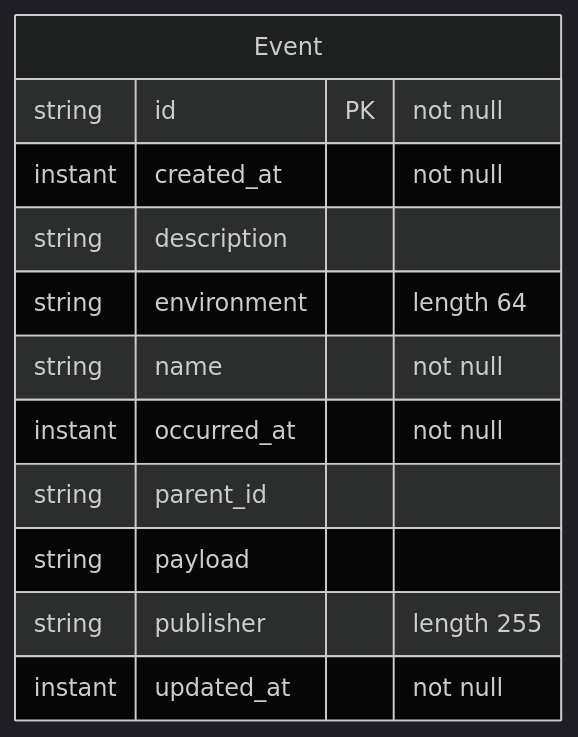
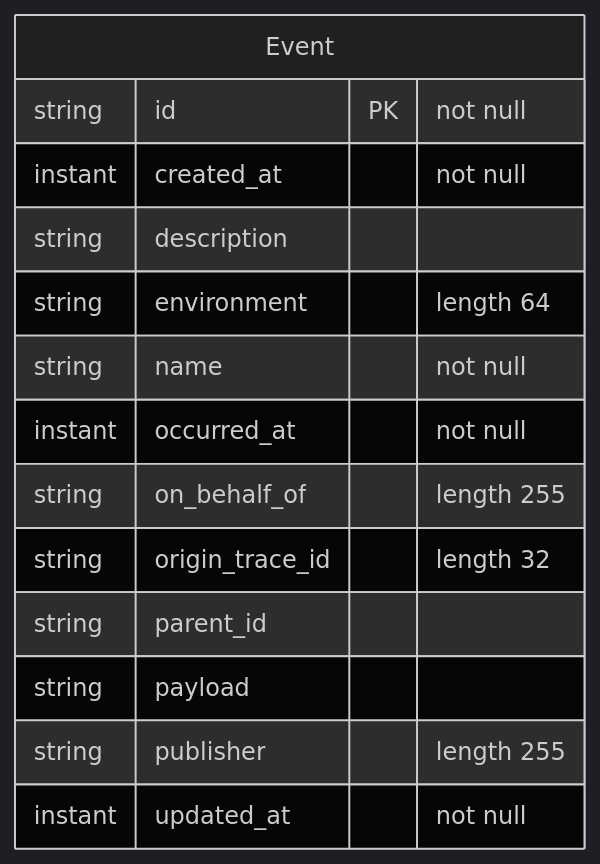
Before and after one commit to QuicklyIterateTheSoftware/qits-events-service: the diagram in docs/database/events.md, drawn with Mermaid (dark theme). The commit also changed 37 other files, not shown here.

First line of the commit message:
feat(qits-2700): store and deliver originTraceId and onBehalfOf on events

````diff
--- a/docs/database/events.md
+++ b/docs/database/events.md
@@ -6,16 +6,18 @@
 ```mermaid
 erDiagram
   %% Event: eu.wohlben.qits.events.entity.Event (events)
   Event {
     string id PK "not null"
     instant created_at "not null"
     string description
     string environment "length 64"
     string name "not null"
     instant occurred_at "not null"
+    string on_behalf_of "length 255"
+    string origin_trace_id "length 32"
     string parent_id
     string payload
     string publisher "length 255"
     instant updated_at "not null"
   }
 ```
````
